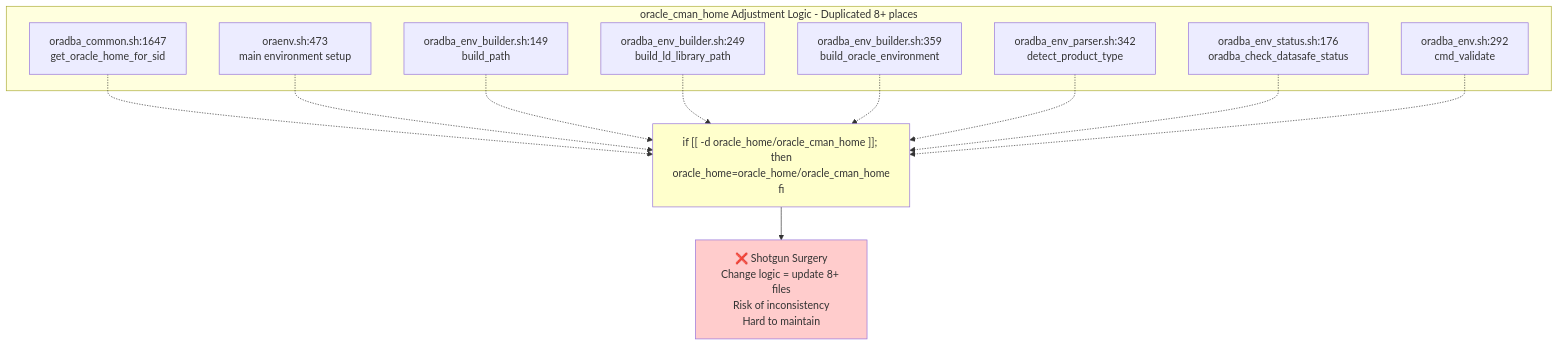
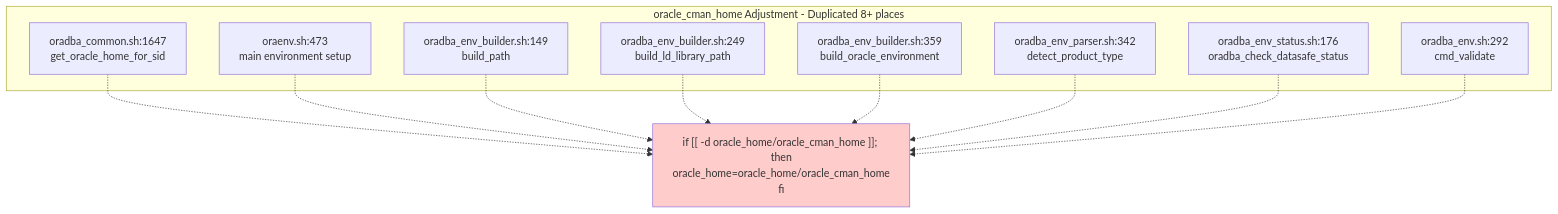
The second of 14 diagrams in .github/.scratch/architecture-diagrams.md (oehrlis/oradba), drawn with Mermaid before and after one commit. The commit also changed other lines of this file, not shown here.

Commit message:
fix: Rebuild architecture diagrams with clean Mermaid only

````diff
--- a/.github/.scratch/architecture-diagrams.md
+++ b/.github/.scratch/architecture-diagrams.md
@@ -31,29 +54,26 @@
 ```mermaid
 graph TB
-    subgraph "oracle_cman_home Adjustment Logic - Duplicated 8+ places"
+    subgraph "oracle_cman_home Adjustment - Duplicated 8+ places"
         F1[oradba_common.sh:1647<br/>get_oracle_home_for_sid]
         F2[oraenv.sh:473<br/>main environment setup]
         F3[oradba_env_builder.sh:149<br/>build_path]
         F4[oradba_env_builder.sh:249<br/>build_ld_library_path]
         F5[oradba_env_builder.sh:359<br/>build_oracle_environment]
         F6[oradba_env_parser.sh:342<br/>detect_product_type]
         F7[oradba_env_status.sh:176<br/>oradba_check_datasafe_status]
         F8[oradba_env.sh:292<br/>cmd_validate]
     end
     
     Code["if [[ -d oracle_home/oracle_cman_home ]]; then<br/>oracle_home=oracle_home/oracle_cman_home<br/>fi"]
     
     F1 -.-> Code
     F2 -.-> Code
     F3 -.-> Code
     F4 -.-> Code
     F5 -.-> Code
     F6 -.-> Code
     F7 -.-> Code
     F8 -.-> Code
     
-    Code --> Problem[❌ Shotgun Surgery<br/>Change logic = update 8+ files<br/>Risk of inconsistency<br/>Hard to maintain]
-    
-    style Problem fill:#ffcccc
-    style Code fill:#ffffcc
+    style Code fill:#ffcccc
 ```
````
